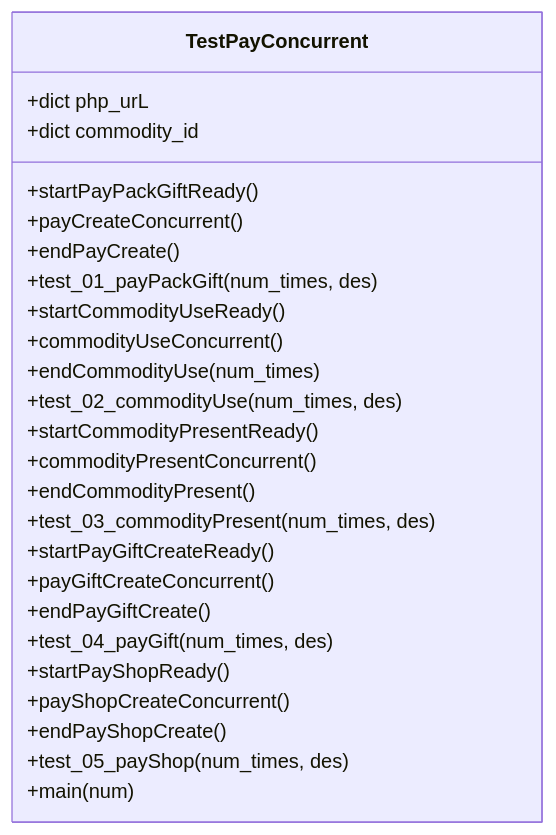
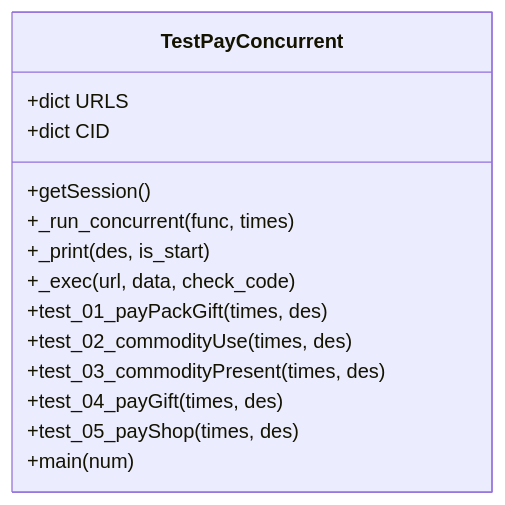
One commit to liximing1-ola/qa-payTest changed the third of 7 diagrams in .qoder/repowiki/zh/content/高级功能测试/并发测试.md. Above: the diagram before and after it, drawn with Mermaid. The commit also changed other lines of this file and 6 other files, not shown here.

````diff
--- a/.qoder/repowiki/zh/content/高级功能测试/并发测试.md
+++ b/.qoder/repowiki/zh/content/高级功能测试/并发测试.md
@@ -145,28 +147,17 @@
 ```mermaid
 classDiagram
 class TestPayConcurrent {
-+dict php_urL
-+dict commodity_id
-+startPayPackGiftReady()
-+payCreateConcurrent()
-+endPayCreate()
-+test_01_payPackGift(num_times, des)
-+startCommodityUseReady()
-+commodityUseConcurrent()
-+endCommodityUse(num_times)
-+test_02_commodityUse(num_times, des)
-+startCommodityPresentReady()
-+commodityPresentConcurrent()
-+endCommodityPresent()
-+test_03_commodityPresent(num_times, des)
-+startPayGiftCreateReady()
-+payGiftCreateConcurrent()
-+endPayGiftCreate()
-+test_04_payGift(num_times, des)
-+startPayShopReady()
-+payShopCreateConcurrent()
-+endPayShopCreate()
-+test_05_payShop(num_times, des)
++dict URLS
++dict CID
++getSession()
++_run_concurrent(func, times)
++_print(des, is_start)
++_exec(url, data, check_code)
++test_01_payPackGift(times, des)
++test_02_commodityUse(times, des)
++test_03_commodityPresent(times, des)
++test_04_payGift(times, des)
++test_05_payShop(times, des)
 +main(num)
 }
 ```
````
